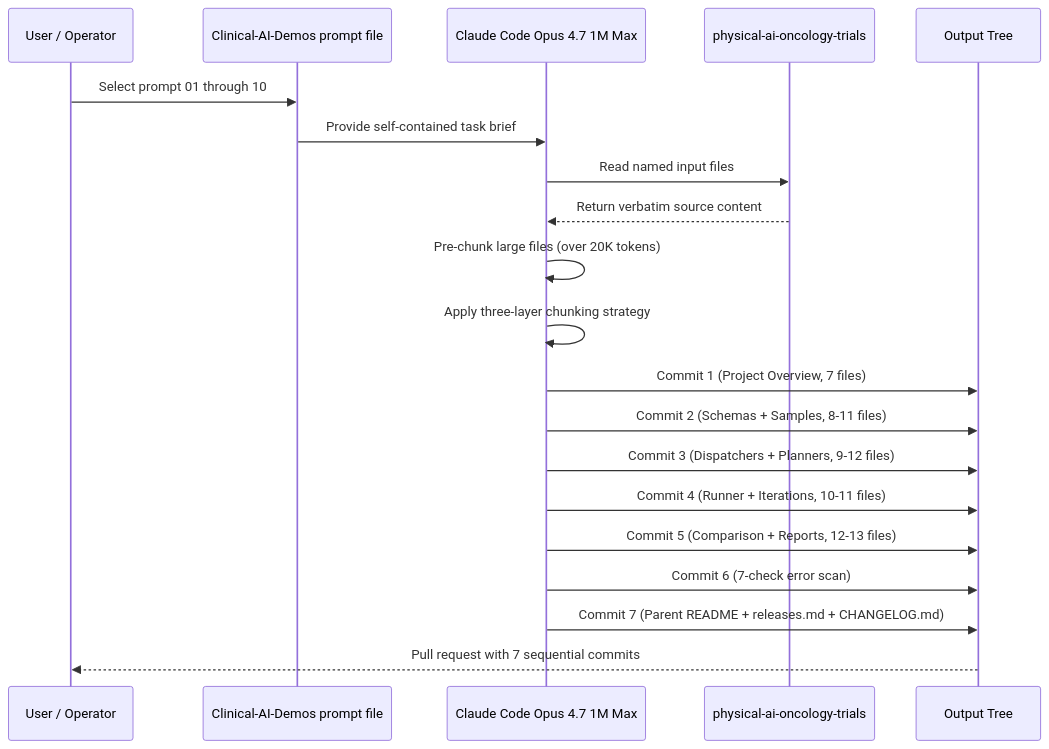
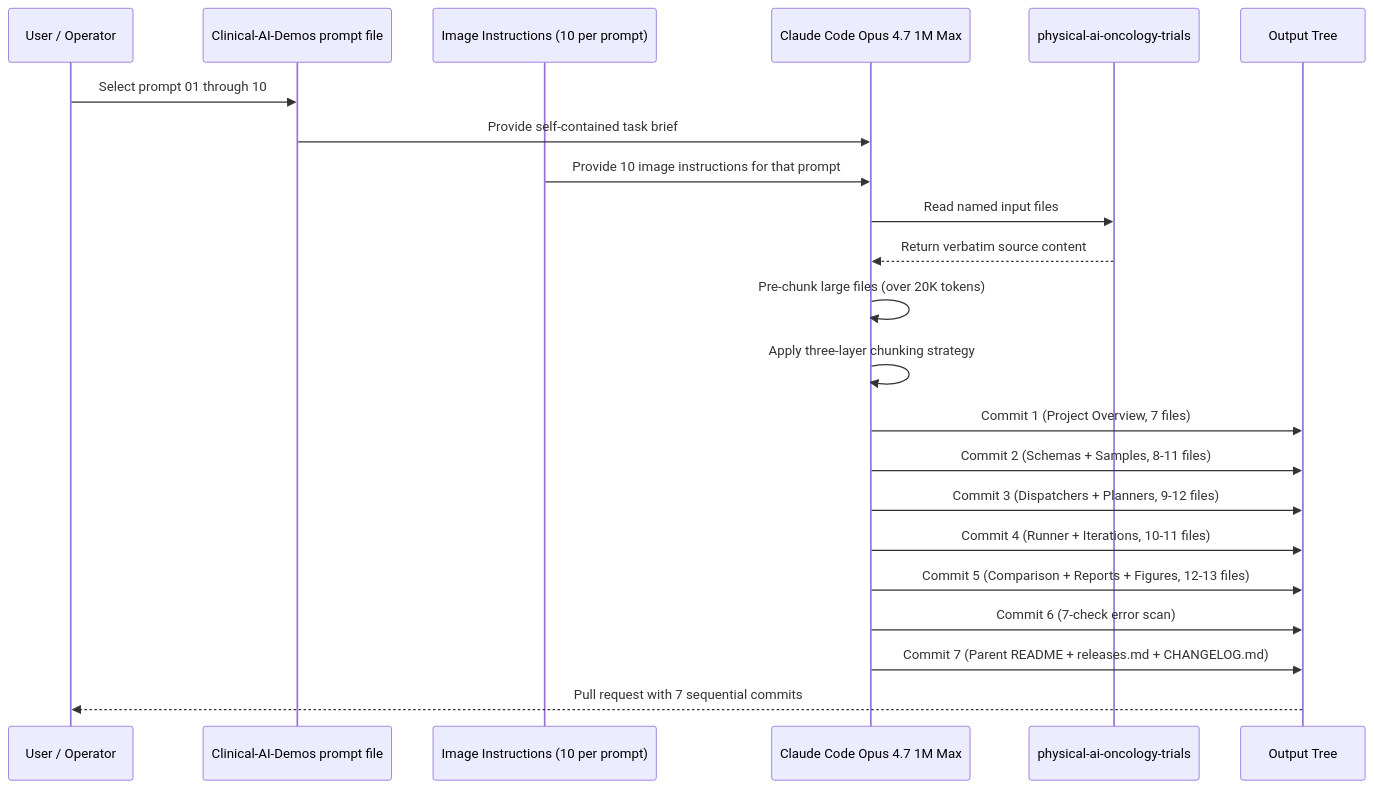
Before and after one commit to kevinkawchak/Clinical-AI-Demos: the diagram in demo-projects/README.md, drawn with Mermaid. The commit also changed other lines of this file and 3 other files, not shown here.

````diff
--- a/demo-projects/README.md
+++ b/demo-projects/README.md
@@ -141,23 +162,25 @@
 ```mermaid
 sequenceDiagram
     participant U as User / Operator
     participant CD as Clinical-AI-Demos prompt file
+    participant II as Image Instructions (10 per prompt)
     participant CC as Claude Code Opus 4.7 1M Max
     participant PAOT as physical-ai-oncology-trials
     participant OT as Output Tree
 
     U->>CD: Select prompt 01 through 10
     CD->>CC: Provide self-contained task brief
+    II->>CC: Provide 10 image instructions for that prompt
     CC->>PAOT: Read named input files
     PAOT-->>CC: Return verbatim source content
     CC->>CC: Pre-chunk large files (over 20K tokens)
     CC->>CC: Apply three-layer chunking strategy
     CC->>OT: Commit 1 (Project Overview, 7 files)
     CC->>OT: Commit 2 (Schemas + Samples, 8-11 files)
     CC->>OT: Commit 3 (Dispatchers + Planners, 9-12 files)
     CC->>OT: Commit 4 (Runner + Iterations, 10-11 files)
-    CC->>OT: Commit 5 (Comparison + Reports, 12-13 files)
+    CC->>OT: Commit 5 (Comparison + Reports + Figures, 12-13 files)
     CC->>OT: Commit 6 (7-check error scan)
     CC->>OT: Commit 7 (Parent README + releases.md + CHANGELOG.md)
     OT-->>U: Pull request with 7 sequential commits
 ```
````
